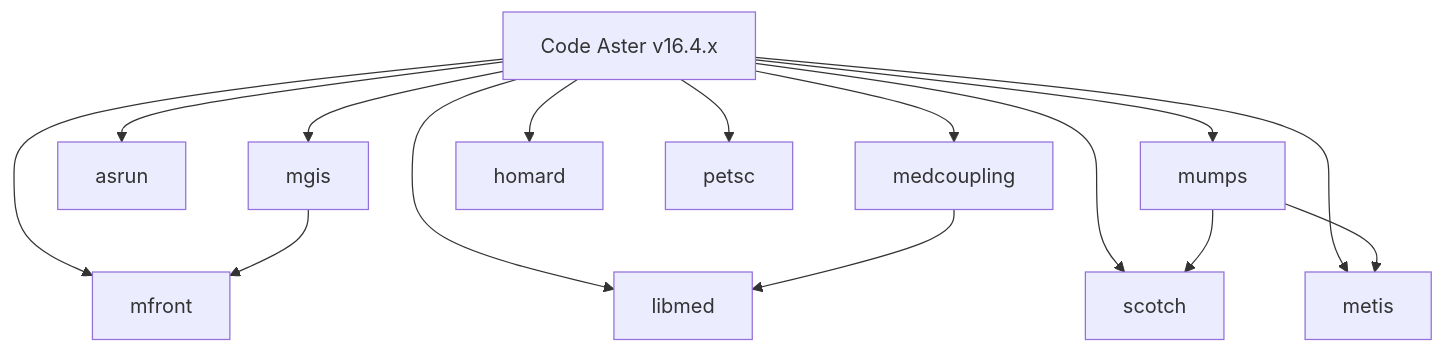
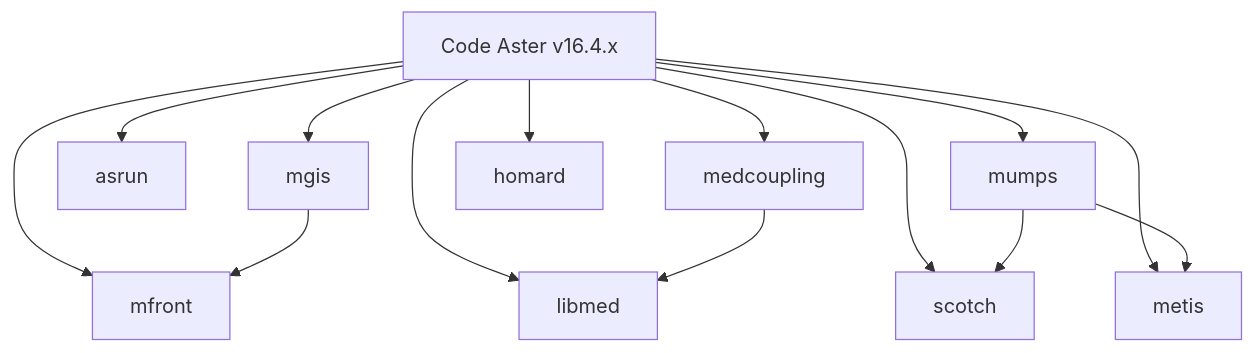
One commit to Krande/condapackaging changed the first of 2 diagrams in src/code_aster/README.md. Above: the diagram before and after it, drawn with Mermaid. The commit also changed 9 other files, not shown here.

````diff
--- a/src/code_aster/README.md
+++ b/src/code_aster/README.md
@@ -65,31 +65,29 @@
 ```mermaid
   flowchart TD;
     A[Code Aster v16.4.x]
     B[mfront]
     C[libmed]
     D[scotch]
     E[medcoupling]
     F[asrun]
     G[metis]
     H[mumps]
     I[mgis]
     J[homard]
-    K[petsc]
     
     A --> B
     A --> C
     A --> D
     A --> E
     A --> F
     A --> G
     A --> H
     A --> I
     A --> J
-    A --> K
     
     I --> B
     H --> G
     H --> D
     E --> C
     
 ```
````
